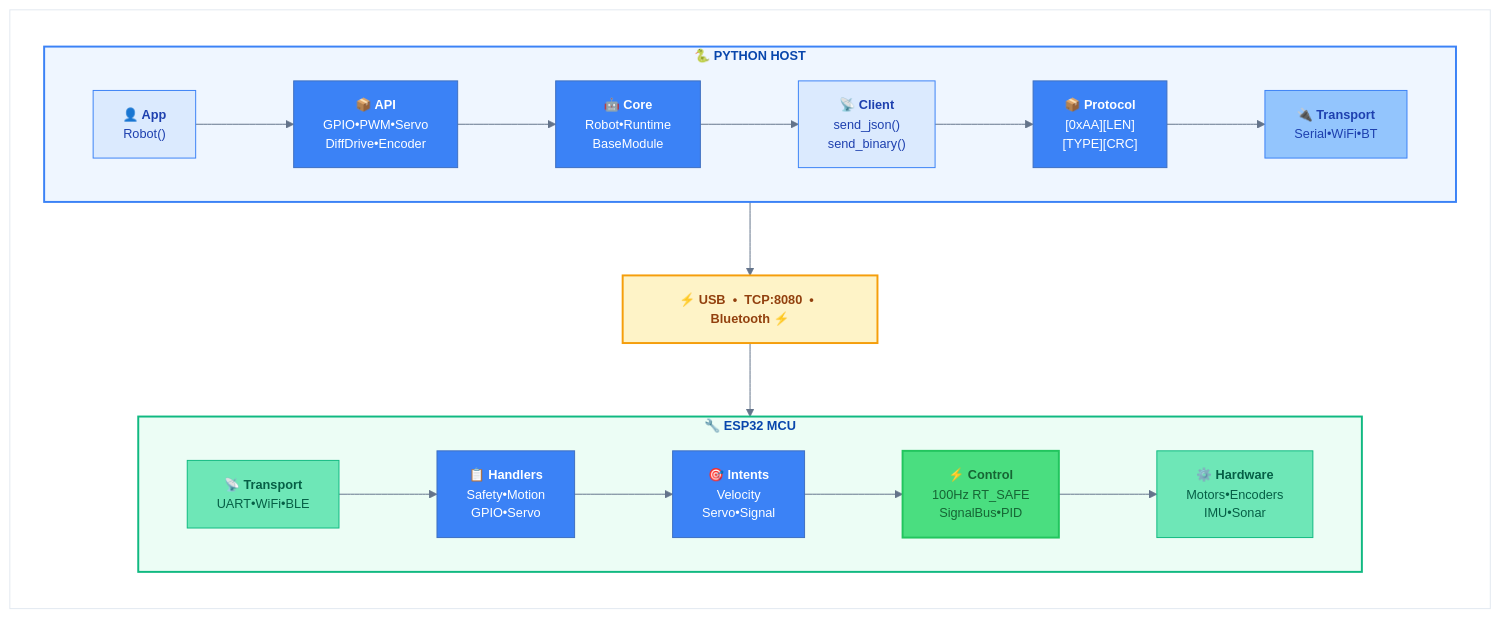
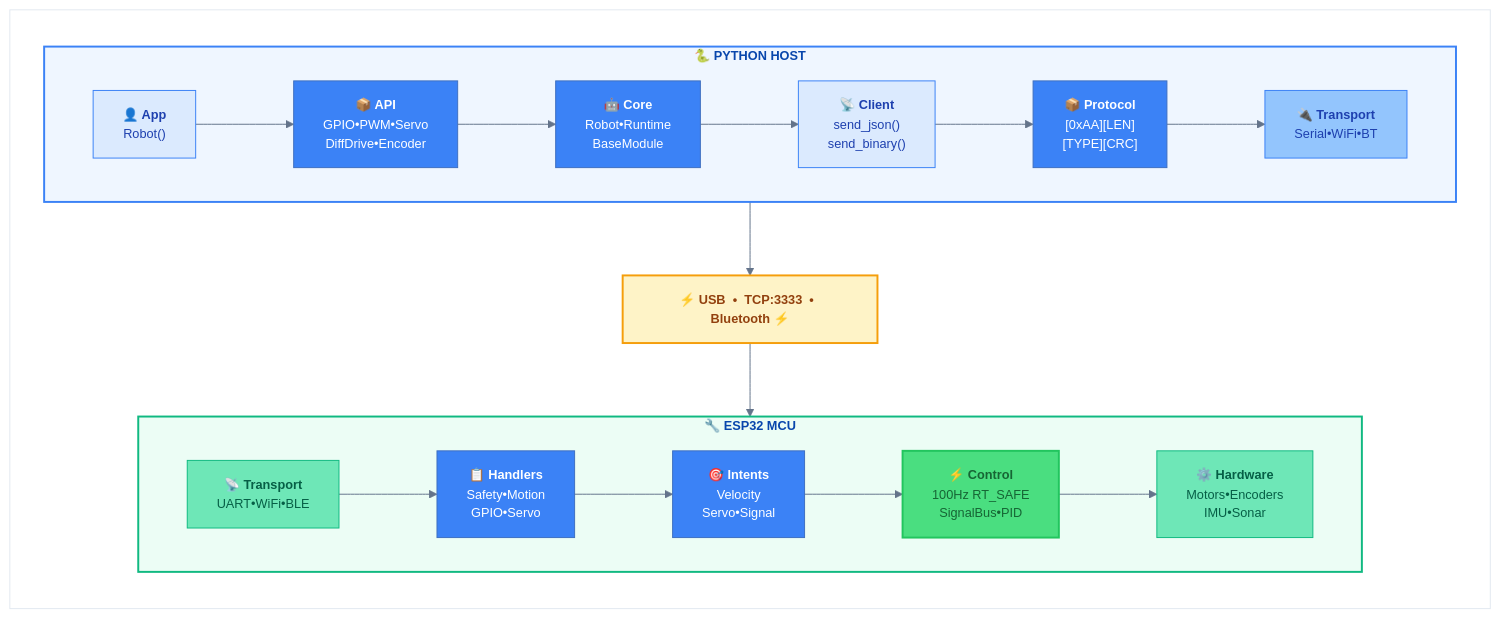
Before and after one commit to kwasblue/Mara: the diagram in docs/mara_overview.mmd, drawn with Mermaid. The commit also changed 4 other files, not shown here.

Commit message:
renamed:    ARCHITECTURE.md -> docs/MONOREPO_ARCHITECTURE.md 	modified:   docs/SYSTEM_DIAGRAM.txt 	modified:   docs/mara_overview.mmd 	modified:   docs/mara_overview.svg 	modified:   mara_structure.txt

```diff
--- a/docs/mara_overview.mmd
+++ b/docs/mara_overview.mmd
@@ -1,54 +1,54 @@
 %%{init: {
   'theme': 'base',
   'themeVariables': {
     'fontFamily': 'SF Pro Display, -apple-system, sans-serif',
     'fontSize': '13px',
     'primaryColor': '#3b82f6',
     'primaryTextColor': '#ffffff',
     'lineColor': '#64748b'
   }
 }}%%
 
 flowchart LR
     subgraph SYSTEM[" "]
         direction TB
 
         subgraph HOST["🐍 <b>PYTHON HOST</b>"]
             direction LR
             H1["<b>👤 App</b><br/>Robot()"]
             H2["<b>📦 API</b><br/>GPIO•PWM•Servo<br/>DiffDrive•Encoder"]
             H3["<b>🤖 Core</b><br/>Robot•Runtime<br/>BaseModule"]
             H4["<b>📡 Client</b><br/>send_json()<br/>send_binary()"]
             H5["<b>📦 Protocol</b><br/>[0xAA][LEN]<br/>[TYPE][CRC]"]
             H6["<b>🔌 Transport</b><br/>Serial•WiFi•BT"]
 
             H1 --> H2 --> H3 --> H4 --> H5 --> H6
         end
 
-        WIRE["<b>⚡ USB  •  TCP:8080  •  Bluetooth ⚡</b>"]
+        WIRE["<b>⚡ USB  •  TCP:3333  •  Bluetooth ⚡</b>"]
 
         subgraph MCU["🔧 <b>ESP32 MCU</b>"]
             direction LR
             M1["<b>📡 Transport</b><br/>UART•WiFi•BLE"]
             M2["<b>📋 Handlers</b><br/>Safety•Motion<br/>GPIO•Servo"]
             M3["<b>🎯 Intents</b><br/>Velocity<br/>Servo•Signal"]
             M4["<b>⚡ Control</b><br/>100Hz RT_SAFE<br/>SignalBus•PID"]
             M5["<b>⚙️ Hardware</b><br/>Motors•Encoders<br/>IMU•Sonar"]
 
             M1 --> M2 --> M3 --> M4 --> M5
         end
 
         HOST --> WIRE --> MCU
     end
 
     style HOST fill:#eff6ff,stroke:#3b82f6,stroke-width:2px
     style MCU fill:#ecfdf5,stroke:#10b981,stroke-width:2px
     style WIRE fill:#fef3c7,stroke:#f59e0b,stroke-width:2px,color:#92400e
     style SYSTEM fill:#ffffff,stroke:#e2e8f0,stroke-width:1px
 
     style H1 fill:#dbeafe,stroke:#3b82f6,color:#1e40af
     style H4 fill:#dbeafe,stroke:#3b82f6,color:#1e40af
     style H6 fill:#93c5fd,stroke:#3b82f6,color:#1e40af
     style M1 fill:#6ee7b7,stroke:#10b981,color:#065f46
     style M4 fill:#4ade80,stroke:#22c55e,color:#166534,stroke-width:2px
     style M5 fill:#6ee7b7,stroke:#10b981,color:#065f46
```
